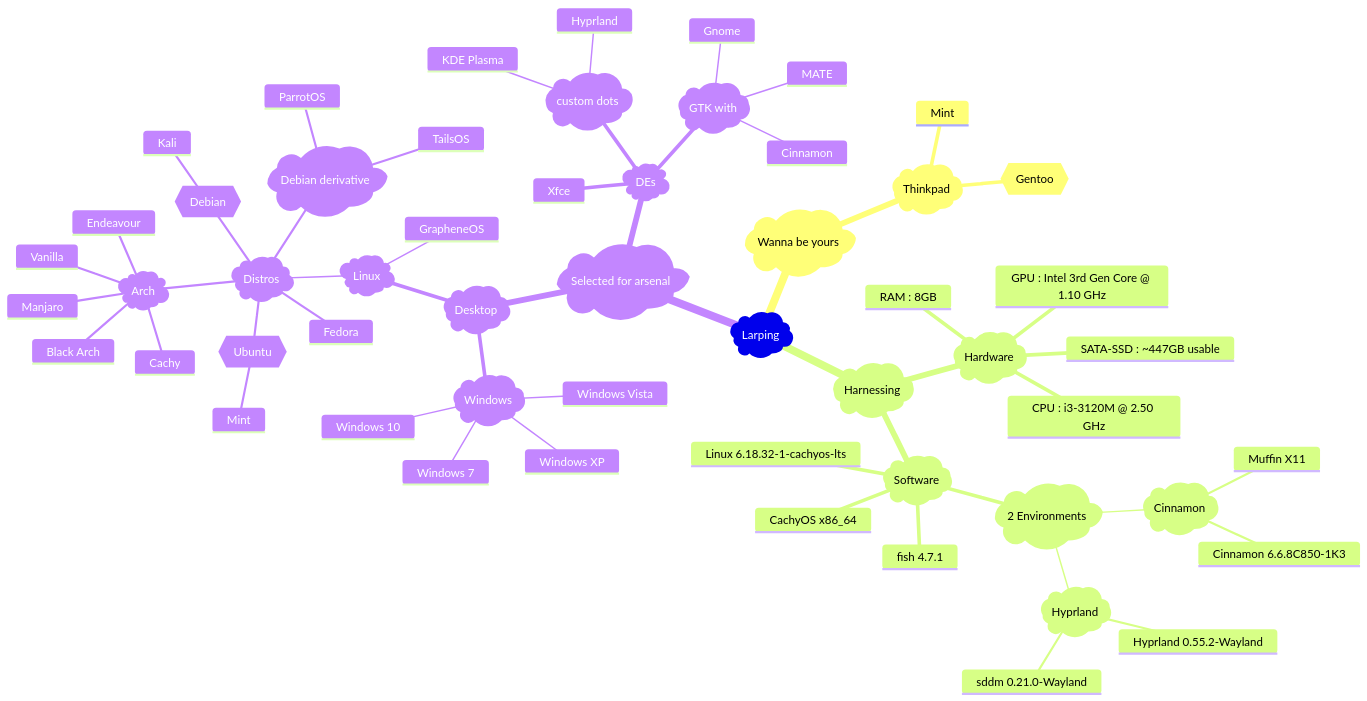
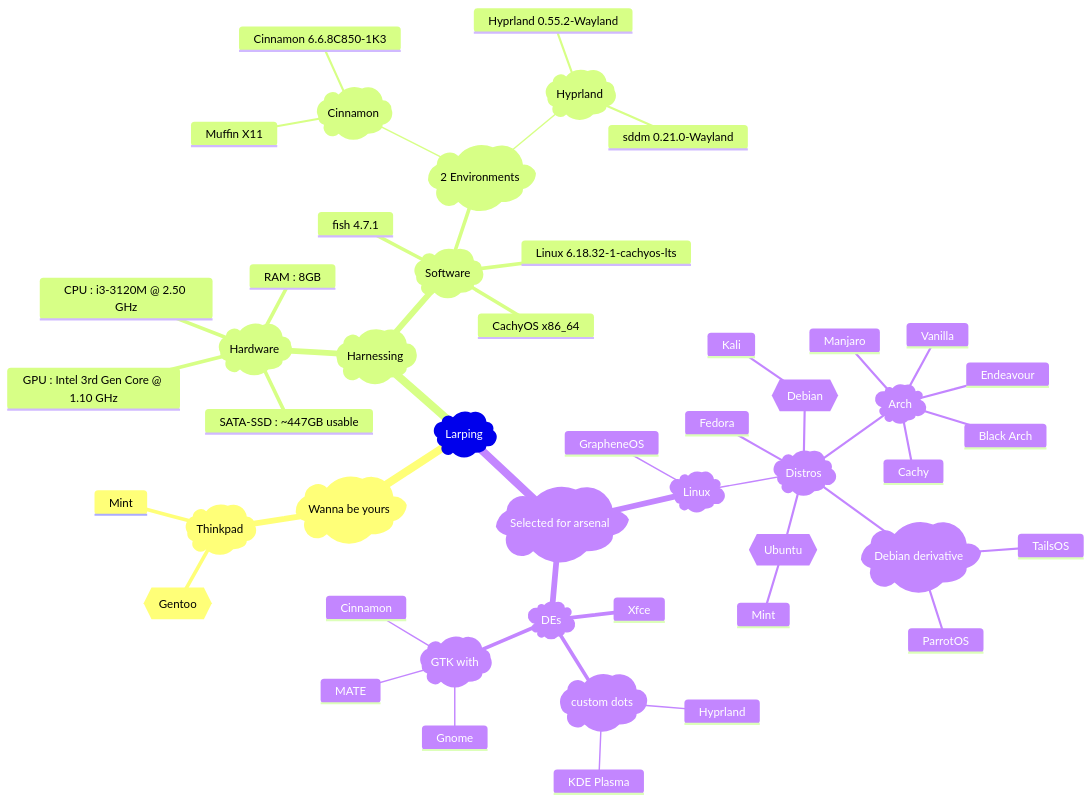
The diagram in README.md (Chintanpatel24/Chintanpatel24), drawn with Mermaid before and after one commit.

````diff
--- a/README.md
+++ b/README.md
@@ -4,58 +4,52 @@
 ```mermaid
 mindmap
 root)Larping(
  ) Wanna be yours(
   )Thinkpad(
    {{Gentoo}}
    Mint
  )Harnessing(
   )Hardware(     
    GPU : Intel 3rd Gen Core @ 1.10 GHz
    CPU : i3-3120M @ 2.50 GHz
    RAM : 8GB
    SATA-SSD : ~447GB usable 
   )Software(
    )2 Environments(
     )Cinnamon( 
      Muffin X11
      Cinnamon 6.6.8C850-1K3
     )Hyprland(
      Hyprland 0.55.2-Wayland
      sddm 0.21.0-Wayland
    CachyOS x86_64
    fish 4.7.1
    Linux 6.18.32-1-cachyos-lts
  ) Selected for arsenal(
-  )Desktop(
-   )Windows(
-    Windows 7
-    Windows XP
-    Windows Vista
-    Windows 10
    )Linux(
     GrapheneOS
     )Distros(
      )Arch(
       Endeavour
       Vanilla
       Black Arch
       Cachy
       Manjaro
      {{Debian}}
       Kali
      {{Ubuntu}}
       Mint
      Fedora
      )Debian derivative(
       ParrotOS
       TailsOS
   )DEs(
    Xfce
    )custom dots(
     Hyprland
     KDE Plasma
    )GTK with(
     Cinnamon
     Gnome
     MATE
 ```
````
